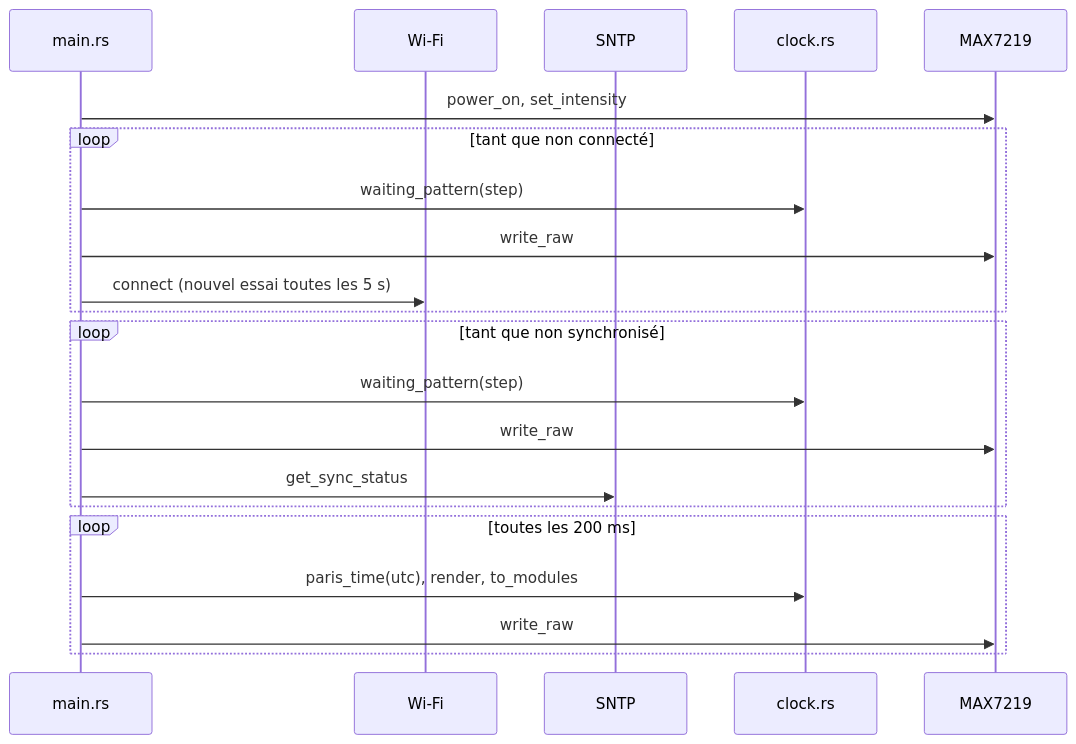
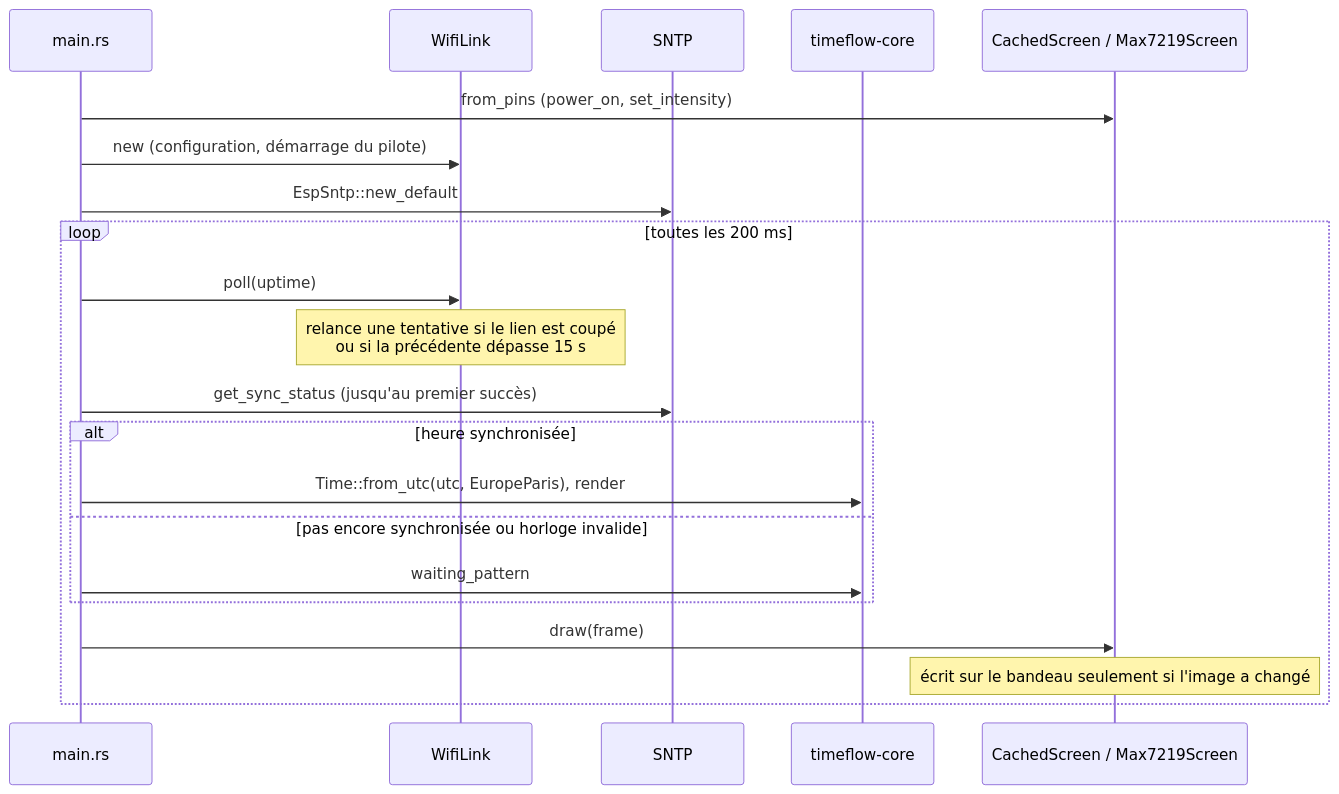
Before and after one commit to jprecigout/timeflow: the second of 3 diagrams in docs/architecture.md, drawn with Mermaid. The commit also changed other lines of this file and 22 other files, not shown here.

First line of the commit message:
feat: extrait timeflow-core et reconnecte le Wi-Fi sans bloquer

````diff
--- a/docs/architecture.md
+++ b/docs/architecture.md
@@ -27,24 +63,24 @@
 ```mermaid
 sequenceDiagram
     participant M as main.rs
-    participant W as Wi-Fi
+    participant W as WifiLink
     participant N as SNTP
-    participant C as clock.rs
-    participant D as MAX7219
+    participant C as timeflow-core
+    participant S as CachedScreen / Max7219Screen
 
-    M->>D: power_on, set_intensity
-    loop tant que non connecté
-        M->>C: waiting_pattern(step)
-        M->>D: write_raw
-        M->>W: connect (nouvel essai toutes les 5 s)
-    end
-    loop tant que non synchronisé
-        M->>C: waiting_pattern(step)
-        M->>D: write_raw
-        M->>N: get_sync_status
-    end
+    M->>S: from_pins (power_on, set_intensity)
+    M->>W: new (configuration, démarrage du pilote)
+    M->>N: EspSntp::new_default
     loop toutes les 200 ms
-        M->>C: paris_time(utc), render, to_modules
-        M->>D: write_raw
+        M->>W: poll(uptime)
+        Note over W: relance une tentative si le lien est coupé<br/>ou si la précédente dépasse 15 s
+        M->>N: get_sync_status (jusqu'au premier succès)
+        alt heure synchronisée
+            M->>C: Time::from_utc(utc, EuropeParis), render
+        else pas encore synchronisée ou horloge invalide
+            M->>C: waiting_pattern
+        end
+        M->>S: draw(frame)
+        Note over S: écrit sur le bandeau seulement si l'image a changé
     end
 ```
````
